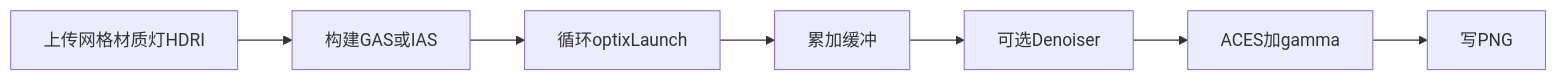
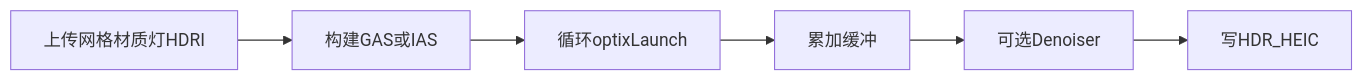
The diagram in docs/report/08-host-pipeline.md (goooxu/LumenCore), drawn with Mermaid before and after one commit. The commit also changed other lines of this file and 8 other files, not shown here.

````diff
--- a/docs/report/08-host-pipeline.md
+++ b/docs/report/08-host-pipeline.md
@@ -7,9 +7,8 @@
 ```mermaid
 flowchart LR
   upload[上传网格材质灯HDRI] --> accel[构建GAS或IAS]
   accel --> loop[循环optixLaunch]
   loop --> accum[累加缓冲]
   accum --> denoise[可选Denoiser]
-  denoise --> tonemap[ACES加gamma]
-  tonemap --> png[写PNG]
+  denoise --> heic[写HDR_HEIC]
 ```
````
